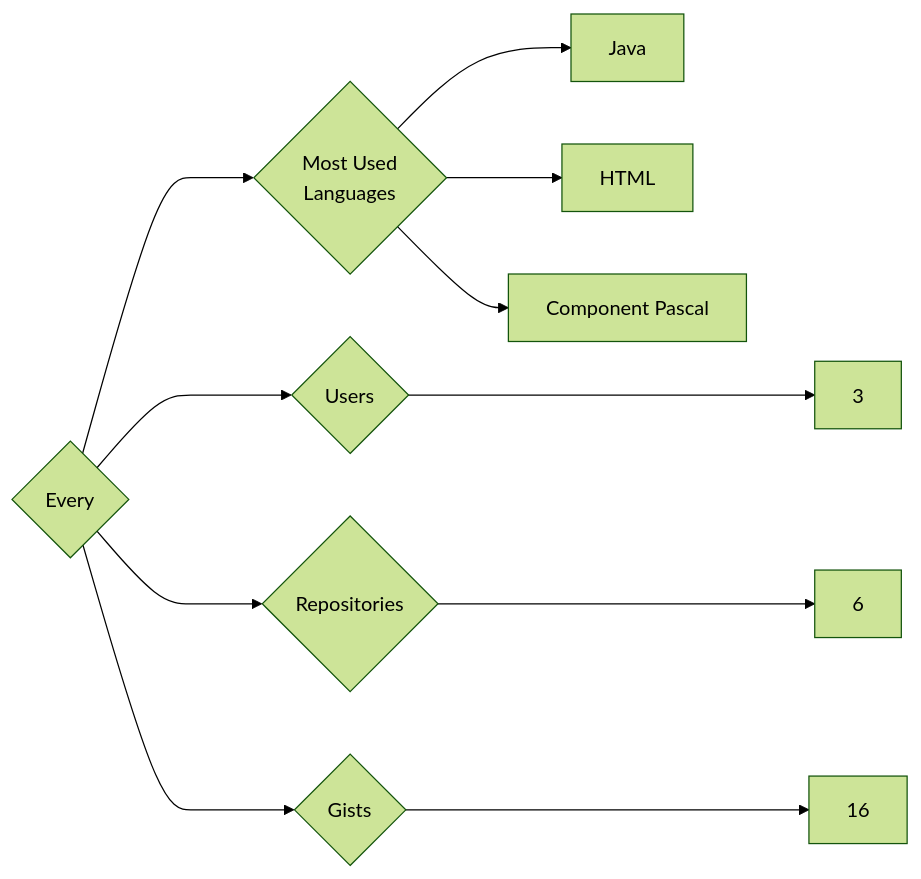
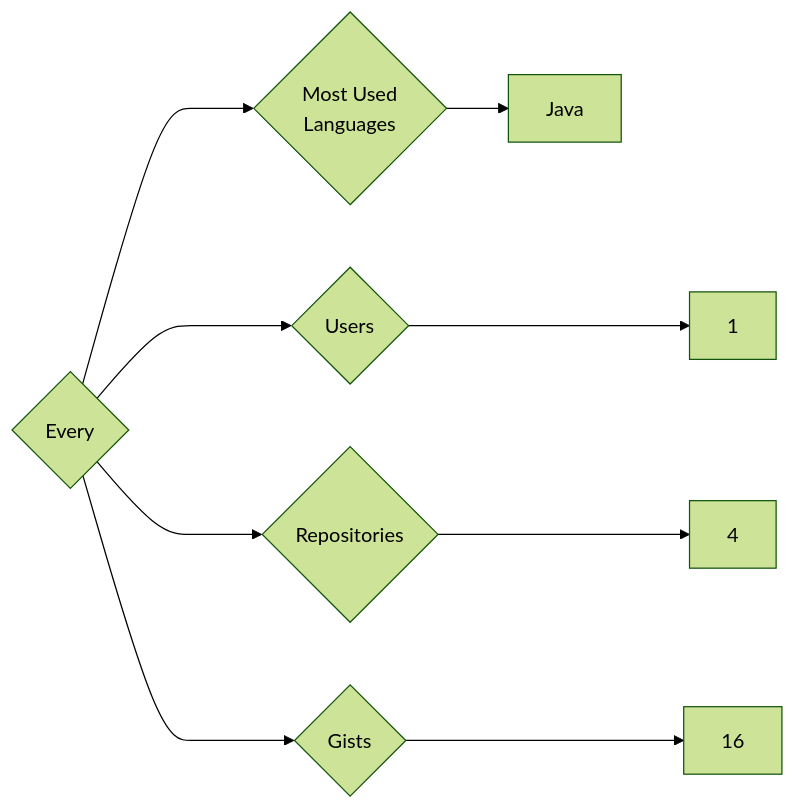
Before and after one commit to trickest/insiders: the diagram in targets/Every/README.md, drawn with Mermaid (forest theme). The commit also changed 924 other files, not shown here.

````diff
--- a/targets/Every/README.md
+++ b/targets/Every/README.md
@@ -3,11 +3,9 @@
 ```mermaid
 graph LR
 COMPANY_NAME{Every}
-COMPANY_NAME ---> U{Users} ---> UN[3]
-COMPANY_NAME ---> R{Repositories} ---> RN[6]
+COMPANY_NAME ---> U{Users} ---> UN[1]
+COMPANY_NAME ---> R{Repositories} ---> RN[4]
 COMPANY_NAME ---> G{Gists} ---> GN[16]
 COMPANY_NAME ---> ML{Most Used<br>Languages}
 ML --> Java[Java]
-ML --> HTML[HTML]
-ML --> Component_Pascal[Component Pascal]
 ```
````
